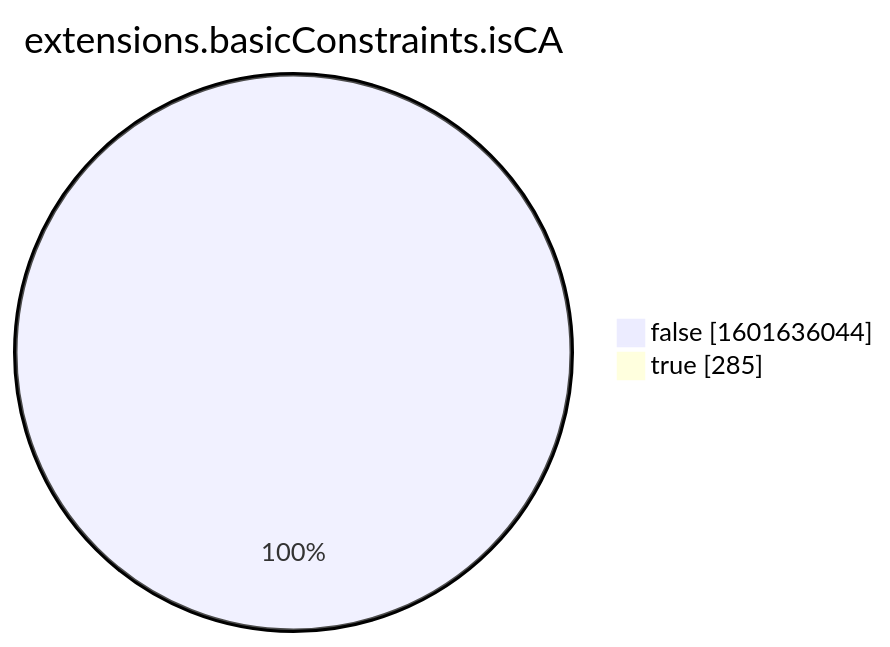
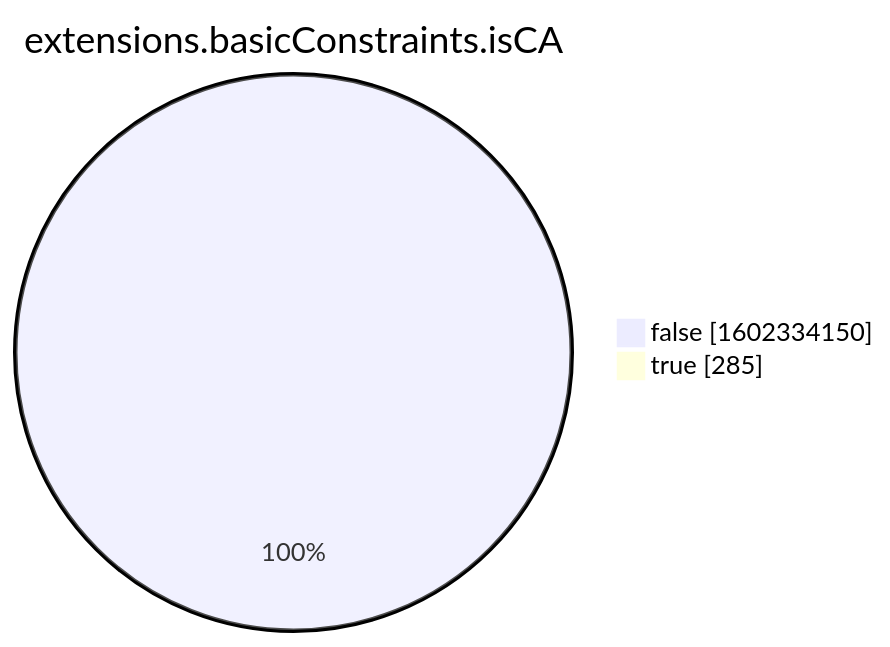
One commit to christiankrug/ctmonitor_visualization changed the eighth of 15 diagrams in xenon2022/README.md. Above: the diagram before and after it, drawn with Mermaid. The commit also changed other lines of this file, not shown here.

````diff
--- a/xenon2022/README.md
+++ b/xenon2022/README.md
@@ -2862,6 +2862,6 @@
 ```mermaid
 pie showData
 title extensions.basicConstraints.isCA
-"false" :1601636044
+"false" :1602334150
 "true" :285
 ```
````
